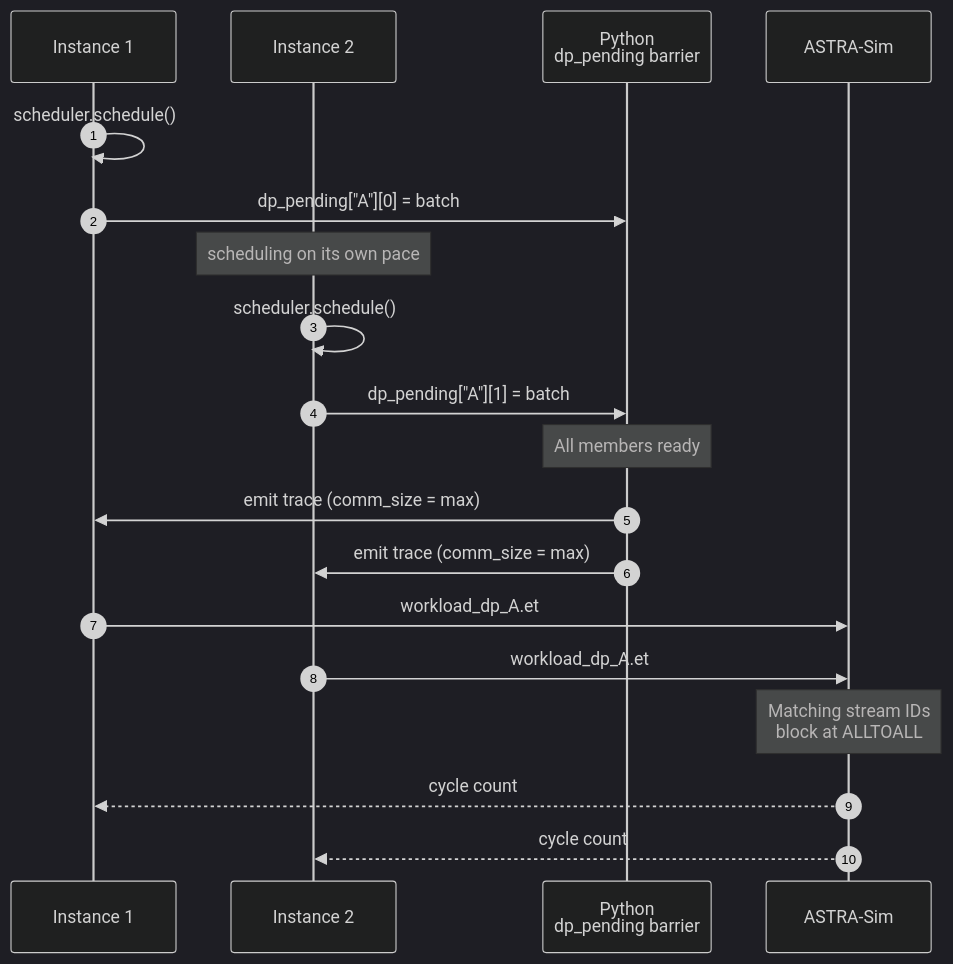
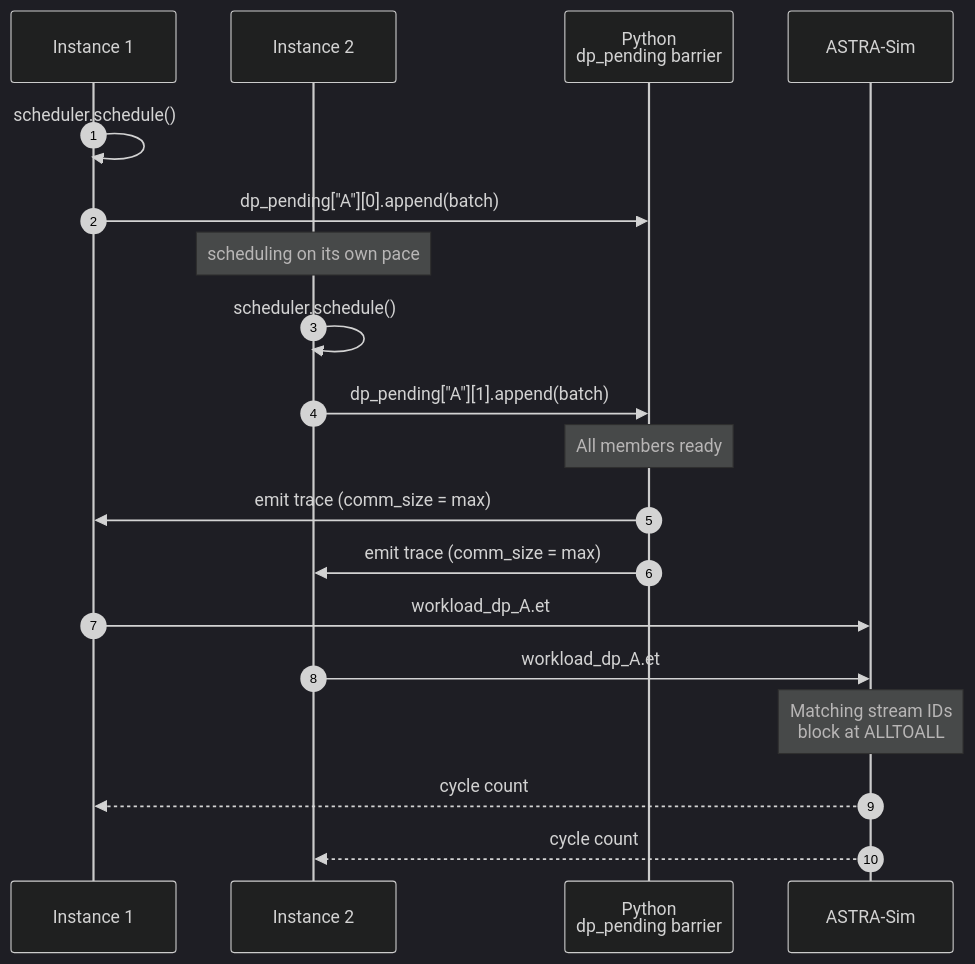
One commit to casys-kaist/LLMServingSim changed the fifth of 5 diagrams in docs/docs/simulator/parallelism-mechanics.md. Above: the diagram before and after it, drawn with Mermaid (dark theme). The commit also changed other lines of this file and 6 other files, not shown here.

````diff
--- a/docs/docs/simulator/parallelism-mechanics.md
+++ b/docs/docs/simulator/parallelism-mechanics.md
@@ -171,21 +171,21 @@
 ```mermaid
 sequenceDiagram
     autonumber
     participant I1 as Instance 1
     participant I2 as Instance 2
     participant DPB as Python<br/>dp_pending barrier
     participant A as ASTRA-Sim
     I1->>I1: scheduler.schedule()
-    I1->>DPB: dp_pending["A"][0] = batch
+    I1->>DPB: dp_pending["A"][0].append(batch)
     Note over I2: scheduling on its own pace
     I2->>I2: scheduler.schedule()
-    I2->>DPB: dp_pending["A"][1] = batch
+    I2->>DPB: dp_pending["A"][1].append(batch)
     Note over DPB: All members ready
     DPB->>I1: emit trace (comm_size = max)
     DPB->>I2: emit trace (comm_size = max)
     I1->>A: workload_dp_A.et
     I2->>A: workload_dp_A.et
     Note over A: Matching stream IDs<br/>block at ALLTOALL
     A-->>I1: cycle count
     A-->>I2: cycle count
 ```
````
